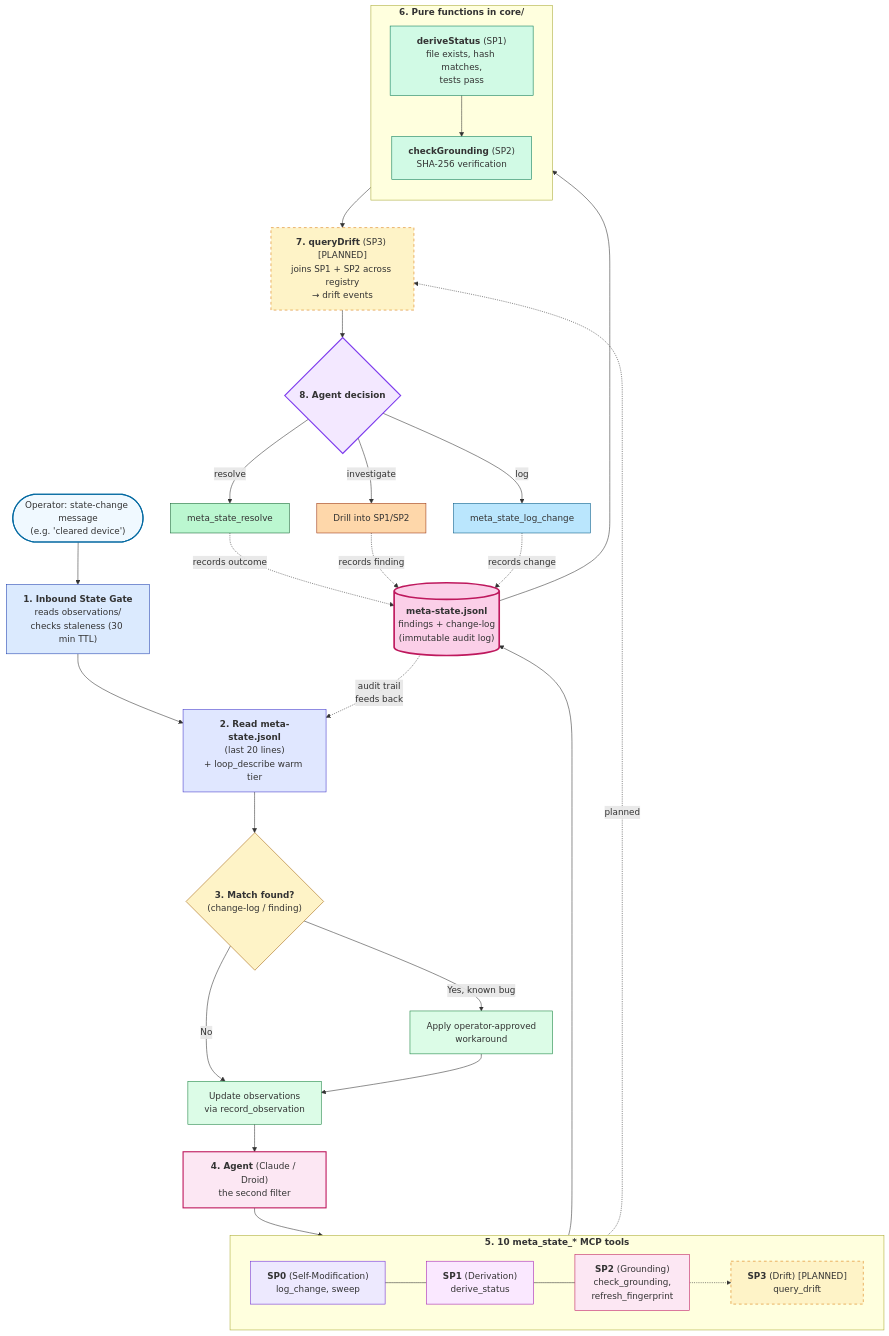
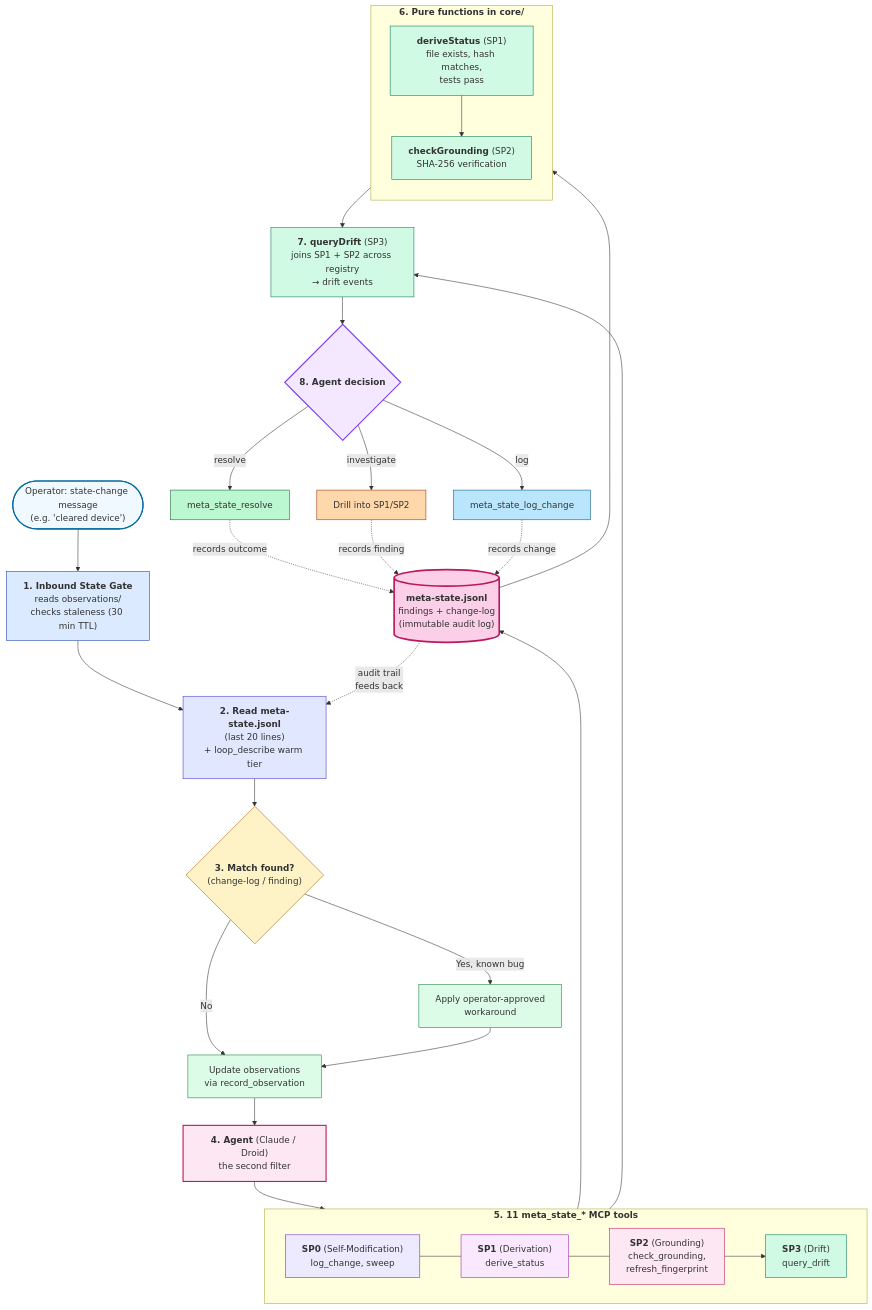
One commit to dat9uy/learning-loop-template changed the diagram in docs/system-architecture.md. Above: the diagram before and after it, drawn with Mermaid. The commit also changed other lines of this file and 10 other files, not shown here.

First line of the commit message:
docs(meta-state): SP3 SHIPPED — flip 4 docs + plan status to completed

````diff
--- a/docs/system-architecture.md
+++ b/docs/system-architecture.md
@@ -368,80 +368,80 @@
 ```mermaid
 flowchart TD
     %% ===== TRIGGER =====
     Operator(["Operator: state-change message<br/>(e.g. 'cleared device')"]):::trigger --> S1
 
     %% ===== STEP 1: GATE =====
     S1["<b>1. Inbound State Gate</b><br/>reads observations/<br/>checks staleness (30 min TTL)"]:::gate --> S2
 
     %% ===== STEP 2: READ META-STATE =====
     S2["<b>2. Read meta-state.jsonl</b><br/>(last 20 lines)<br/>+ loop_describe warm tier"]:::read --> S3
 
     %% ===== STEP 3: SCAN FOR KNOWN ISSUES =====
     S3{"<b>3. Match found?</b><br/>(change-log / finding)"}:::scan
     S3 -->|Yes, known bug| S3a["Apply operator-approved<br/>workaround"]:::apply
     S3 -->|No| S3b["Update observations<br/>via record_observation"]:::update
     S3a --> S3b
     S3b --> S4
 
     %% ===== STEP 4: AGENT =====
     S4["<b>4. Agent</b> (Claude / Droid)<br/>the second filter"]:::agent --> S5
 
-    %% ===== STEP 5: 10 META_STATE_* TOOLS =====
-    subgraph S5["<b>5. 10 meta_state_* MCP tools</b>"]
+    %% ===== STEP 5: 11 META_STATE_* TOOLS =====
+    subgraph S5["<b>5. 11 meta_state_* MCP tools</b>"]
         direction LR
         T_SP0["<b>SP0</b> (Self-Modification)<br/>log_change, sweep"]:::sp0
         T_SP1["<b>SP1</b> (Derivation)<br/>derive_status"]:::sp1
         T_SP2["<b>SP2</b> (Grounding)<br/>check_grounding,<br/>refresh_fingerprint"]:::sp2
-        T_SP3["<b>SP3</b> (Drift) [PLANNED]<br/>query_drift"]:::planned
-        T_SP0 --- T_SP1 --- T_SP2 -.-> T_SP3
+        T_SP3["<b>SP3</b> (Drift)<br/>query_drift"]:::sp3
+        T_SP0 --- T_SP1 --- T_SP2 --> T_SP3
     end
 
     S5 --> Registry
     Registry[("<b>meta-state.jsonl</b><br/>findings + change-log<br/>(immutable audit log)")]:::registry
 
     %% ===== STEP 6: PURE FUNCTIONS =====
     subgraph S6["<b>6. Pure functions in core/</b>"]
         direction TB
         S6a["<b>deriveStatus</b> (SP1)<br/>file exists, hash matches,<br/>tests pass"]:::purefn
         S6b["<b>checkGrounding</b> (SP2)<br/>SHA-256 verification"]:::purefn
         S6a --> S6b
     end
     Registry --> S6
     S6 --> S7
 
-    %% ===== STEP 7: DRIFT QUERY (SP3 PLANNED) =====
-    S7["<b>7. queryDrift</b> (SP3) [PLANNED]<br/>joins SP1 + SP2 across registry<br/>→ drift events"]:::planned
-    S5 -.->|planned| S7
+    %% ===== STEP 7: DRIFT QUERY (SP3 SHIPPED) =====
+    S7["<b>7. queryDrift</b> (SP3)<br/>joins SP1 + SP2 across registry<br/>→ drift events"]:::purefn
+    S5 --> S7
 
     %% ===== STEP 8: AGENT DECISION =====
     S7 --> S8
     S8{"<b>8. Agent decision</b>"}:::decision
     S8 -->|resolve| S8a["meta_state_resolve"]:::resolve
     S8 -->|investigate| S8b["Drill into SP1/SP2"]:::investigate
     S8 -->|log| S8c["meta_state_log_change"]:::log
 
     %% ===== LOOP CLOSURE (self-referential) =====
     S8a -.->|records outcome| Registry
     S8b -.->|records finding| Registry
     S8c -.->|records change| Registry
     Registry -.->|audit trail<br/>feeds back| S2
 
     %% ===== STYLING =====
     classDef trigger fill:#f0f9ff,stroke:#0369a1,stroke-width:2px
     classDef gate fill:#dbeafe,stroke:#1e40af
     classDef read fill:#e0e7ff,stroke:#4338ca
     classDef scan fill:#fef3c7,stroke:#a16207
     classDef apply fill:#dcfce7,stroke:#15803d
     classDef update fill:#dcfce7,stroke:#15803d
     classDef agent fill:#fce7f3,stroke:#be185d,stroke-width:2px
     classDef sp0 fill:#ede9fe,stroke:#6d28d9
     classDef sp1 fill:#fae8ff,stroke:#a21caf
     classDef sp2 fill:#fce7f3,stroke:#be185d
-    classDef planned stroke-dasharray:5 5,fill:#fef3c7,stroke:#d97706
+    classDef sp3 fill:#d1fae5,stroke:#047857
     classDef registry fill:#fbcfe8,stroke:#be185d,stroke-width:3px
     classDef purefn fill:#d1fae5,stroke:#047857
     classDef decision fill:#f3e8ff,stroke:#7c3aed,stroke-width:2px
     classDef resolve fill:#bbf7d0,stroke:#166534
     classDef investigate fill:#fed7aa,stroke:#9a3412
     classDef log fill:#bae6fd,stroke:#075985
 ```
````
